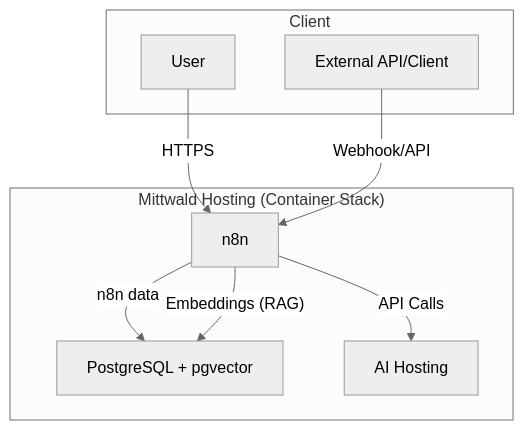
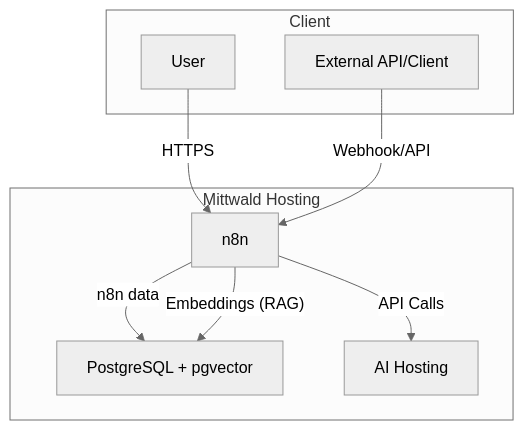
The diagram in docs/guides/apps/n8n.mdx (mittwald/developer-portal), drawn with Mermaid (neutral theme) before and after one commit. The commit also changed other lines of this file and 1 other file, not shown here.

````diff
--- a/docs/guides/apps/n8n.mdx
+++ b/docs/guides/apps/n8n.mdx
@@ -154,28 +154,28 @@
 ```mermaid
 flowchart TD
   subgraph Client
     U[User]
     EXT[External API/Client]
   end
 
-  subgraph "Mittwald Hosting (Container Stack)"
+  subgraph "Mittwald Hosting"
     N8N[n8n]
     PG[PostgreSQL + pgvector]
     AIHOST[AI Hosting]
   end
 
   %% User uses n8n UI
   U -- "HTTPS" --> N8N
 
   %% External system triggers
   EXT -- "Webhook/API" --> N8N
 
   %% n8n uses Postgres for workflow and persistence
   N8N -- "n8n data" --> PG
 
   %% n8n RAG: stores/retrieves vectors
   N8N -- "Embeddings (RAG)" --> PG
 
   %% n8n calls external LLM host
   N8N -- "API Calls" --> AIHOST
 ```
````
